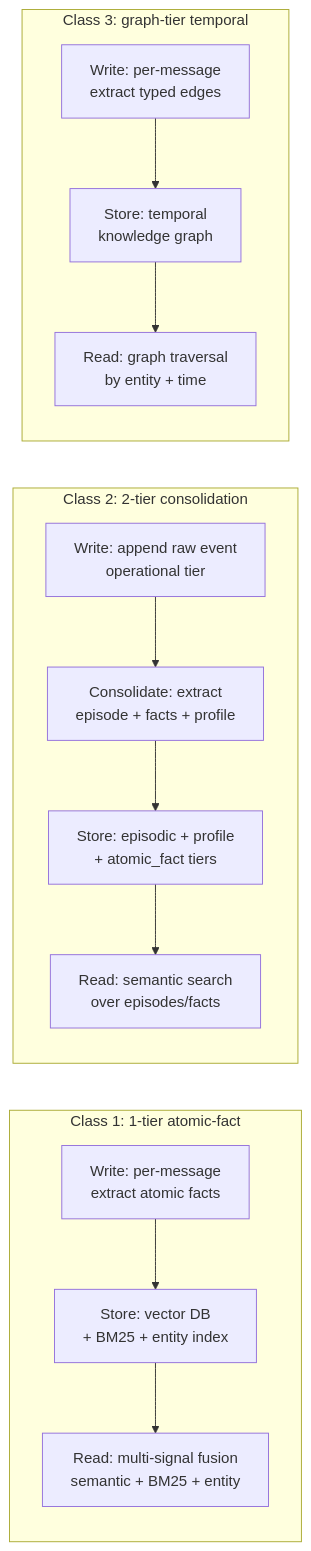
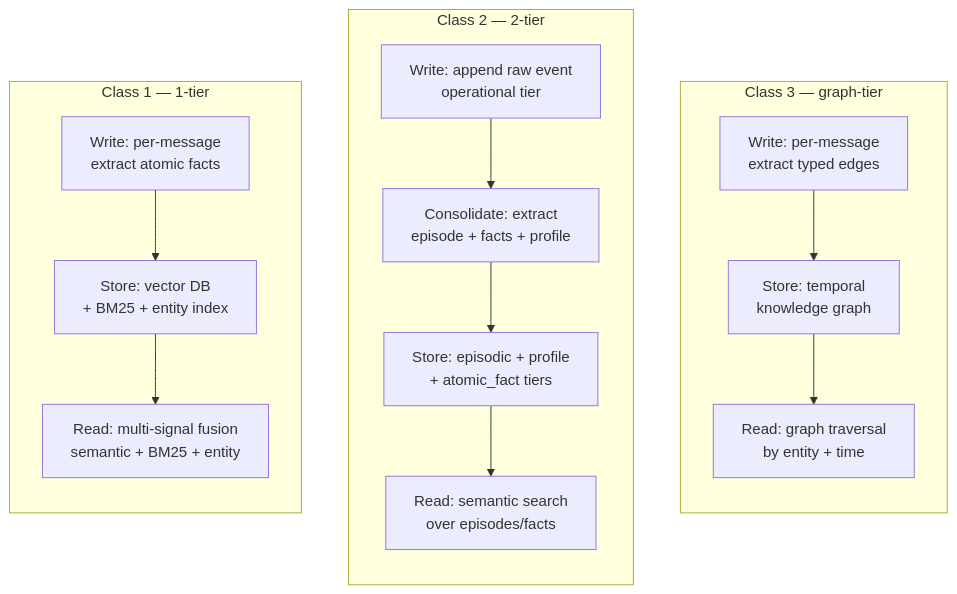
The second of 13 diagrams in Week 3.5.9 - Requirement-Driven Memory Architecture.md (shaneliuyx/agent-development-curriculum), drawn with Mermaid before and after one commit. The commit also changed other lines of this file and 4 other files, not shown here.

````diff
--- a/Week 3.5.9 - Requirement-Driven Memory Architecture.md
+++ b/Week 3.5.9 - Requirement-Driven Memory Architecture.md
@@ -116,25 +178,26 @@
 ```mermaid
 flowchart LR
-  subgraph C1["Class 1: 1-tier atomic-fact"]
+  subgraph C1["Class 1 — 1-tier"]
     direction TB
     C1W["Write: per-message<br/>extract atomic facts"]
     C1S["Store: vector DB<br/>+ BM25 + entity index"]
     C1R["Read: multi-signal fusion<br/>semantic + BM25 + entity"]
     C1W --> C1S --> C1R
   end
-  subgraph C2["Class 2: 2-tier consolidation"]
+  subgraph C2["Class 2 — 2-tier"]
     direction TB
     C2W["Write: append raw event<br/>operational tier"]
     C2C["Consolidate: extract<br/>episode + facts + profile"]
     C2S["Store: episodic + profile<br/>+ atomic_fact tiers"]
     C2R["Read: semantic search<br/>over episodes/facts"]
     C2W --> C2C --> C2S --> C2R
   end
-  subgraph C3["Class 3: graph-tier temporal"]
+  subgraph C3["Class 3 — graph-tier"]
     direction TB
     C3W["Write: per-message<br/>extract typed edges"]
     C3S["Store: temporal<br/>knowledge graph"]
     C3R["Read: graph traversal<br/>by entity + time"]
     C3W --> C3S --> C3R
   end
+  C1 ~~~ C2 ~~~ C3
 ```
````
